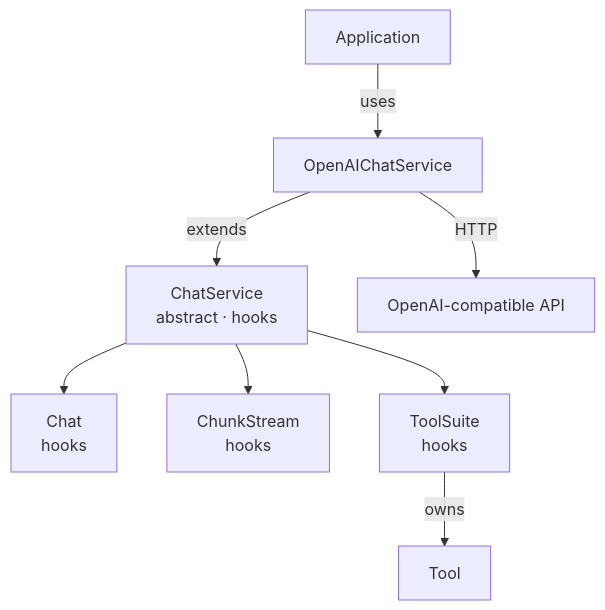
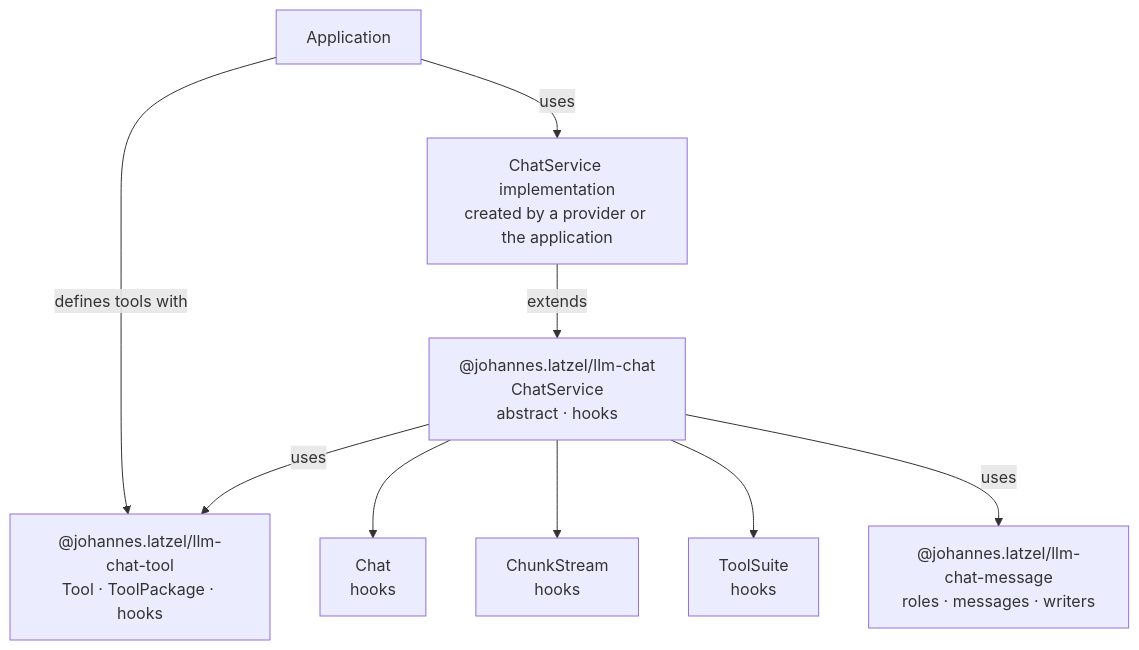
One commit to johanneslatzel/llm-chat changed the diagram in docs/architecture.md. Above: the diagram before and after it, drawn with Mermaid. The commit also changed other lines of this file and 123 other files, not shown here.

First line of the commit message:
feat: split message and tool primitives into published packages

````diff
--- a/docs/architecture.md
+++ b/docs/architecture.md
@@ -7,12 +14,13 @@
 ```mermaid
 flowchart TD
-    accTitle: llm-chat architecture reference
-    accDescr: An application uses OpenAIChatService, the only concrete ChatService, which owns a Chat, a ChunkStream and a ToolSuite, the ToolSuite owning Tools, and each hook-bearing object carries one hook family while requests leave over HTTP to an OpenAI-compatible API.
-    app["Application"] -->|"uses"| oai["OpenAIChatService"]
-    oai -->|"extends"| svc["ChatService<br/>abstract · hooks"]
+    accTitle: llm-chat engine and provider boundary
+    accDescr: An application defines tools with llm-chat-tool and uses a ChatService implementation. The implementation extends the abstract ChatService from llm-chat, which owns Chat, ChunkStream and ToolSuite, depends on llm-chat-tool and uses the message vocabulary from llm-chat-message. Provider transport is outside the engine.
+    app["Application"] -->|"defines tools with"| tool["@johannes.latzel/llm-chat-tool<br/>Tool · ToolPackage · hooks"]
+    app -->|"uses"| impl["ChatService implementation<br/>created by a provider or the application"]
+    impl -->|"extends"| svc["@johannes.latzel/llm-chat<br/>ChatService<br/>abstract · hooks"]
     svc --> chat["Chat<br/>hooks"]
     svc --> stream["ChunkStream<br/>hooks"]
     svc --> tools["ToolSuite<br/>hooks"]
-    oai -->|"HTTP"| api["OpenAI-compatible API"]
-    tools -->|"owns"| tool["Tool"]
+    svc -->|"uses"| tool
+    svc -->|"uses"| msg["@johannes.latzel/llm-chat-message<br/>roles · messages · writers"]
 ```
````
